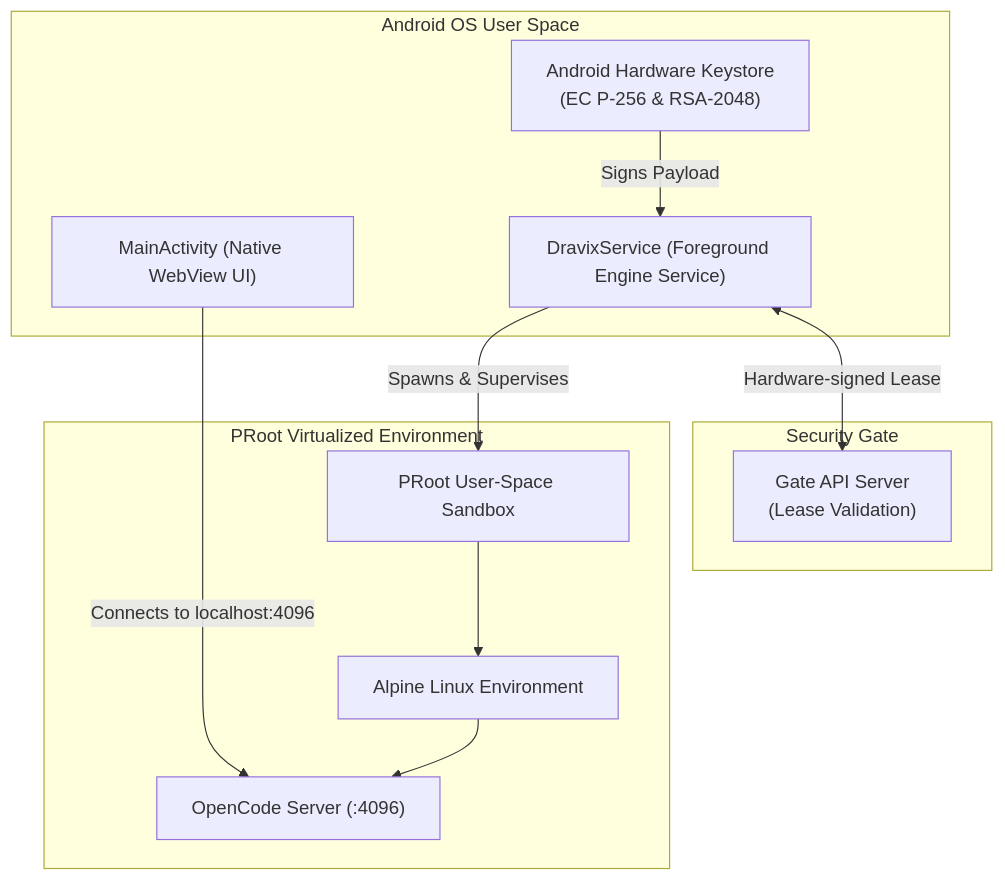
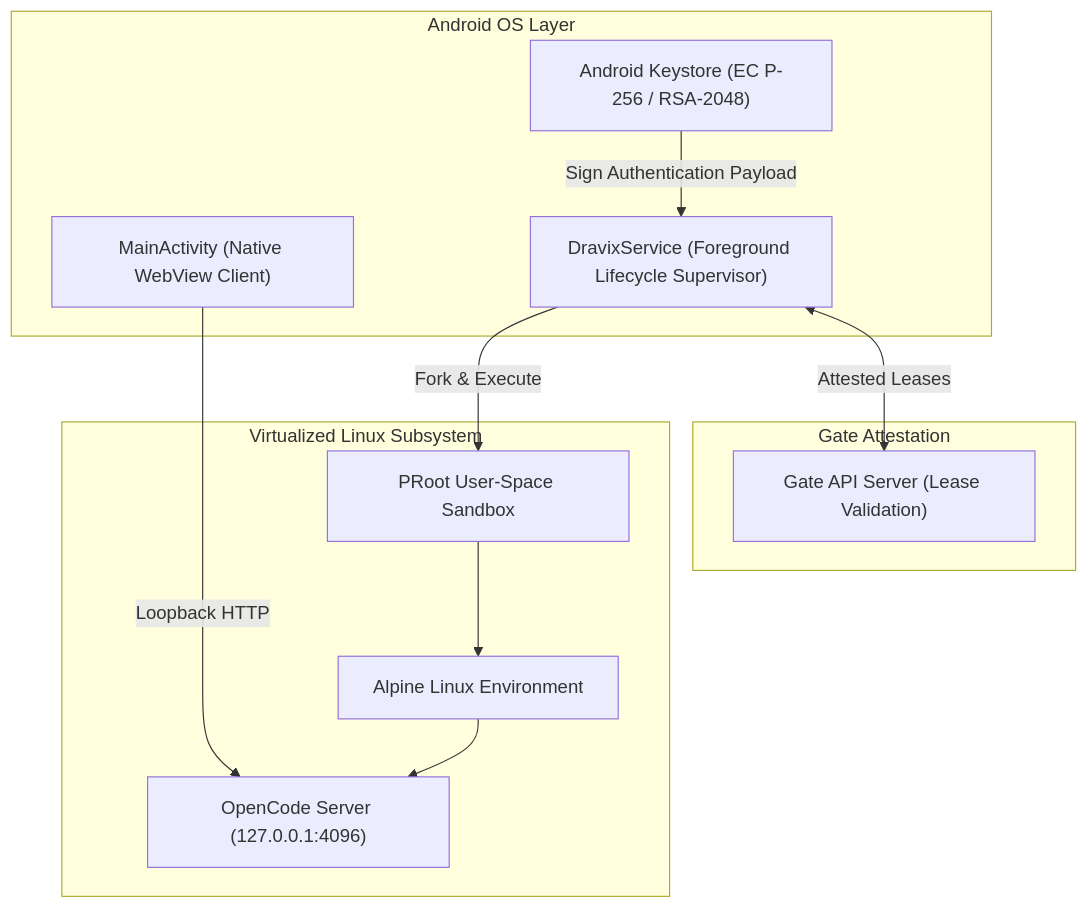
Before and after one commit to trndravix2/opencodeforandroid: the diagram in README.md, drawn with Mermaid. The commit also changed other lines of this file and 1 other file, not shown here.

Commit message:
style: redesign banner in OpenCode dark IDE aesthetic by TRNDRAVIX and sanitize README typography

````diff
--- a/README.md
+++ b/README.md
@@ -45,25 +48,25 @@
 ```mermaid
 flowchart TD
-    subgraph Android OS User Space
-        UI["MainActivity (Native WebView UI)"]
-        SVC["DravixService (Foreground Engine Service)"]
-        KS["Android Hardware Keystore\n(EC P-256 & RSA-2048)"]
+    subgraph Android OS Layer
+        UI["MainActivity (Native WebView Client)"]
+        SVC["DravixService (Foreground Lifecycle Supervisor)"]
+        KS["Android Keystore (EC P-256 / RSA-2048)"]
     end
 
-    subgraph PRoot Virtualized Environment
+    subgraph Virtualized Linux Subsystem
         PR["PRoot User-Space Sandbox"]
         ALP["Alpine Linux Environment"]
-        ENG["OpenCode Server (:4096)"]
+        ENG["OpenCode Server (127.0.0.1:4096)"]
     end
 
-    subgraph Security Gate
-        GATE["Gate API Server\n(Lease Validation)"]
+    subgraph Gate Attestation
+        GATE["Gate API Server (Lease Validation)"]
     end
 
-    UI -->|Connects to localhost:4096| ENG
-    SVC -->|Spawns & Supervises| PR
+    UI -->|Loopback HTTP| ENG
+    SVC -->|Fork & Execute| PR
     PR --> ALP
     ALP --> ENG
-    SVC <-->|Hardware-signed Lease| GATE
-    KS -->|Signs Payload| SVC
+    SVC <-->|Attested Leases| GATE
+    KS -->|Sign Authentication Payload| SVC
 ```
````
